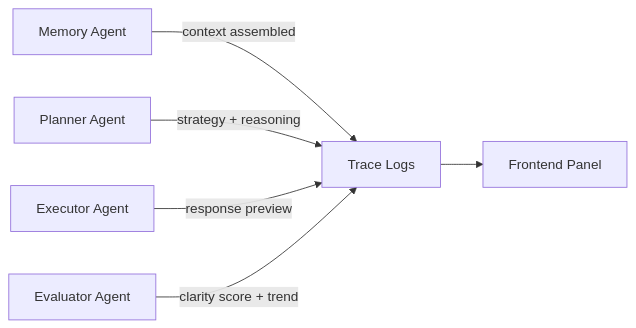
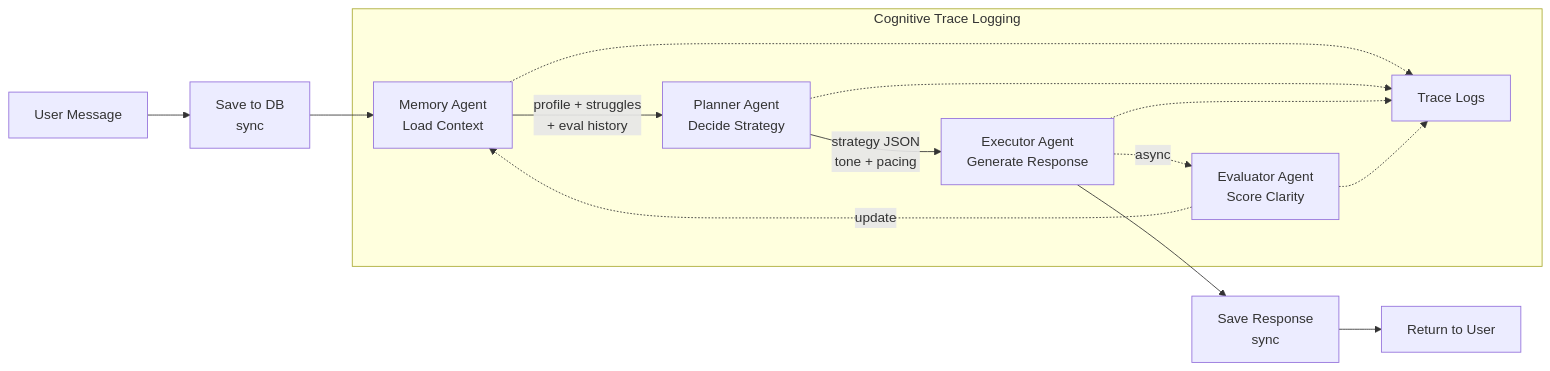
One commit to akshanshmaurya/Synapse changed the third of 3 diagrams in README.md. Above: the diagram before and after it, drawn with Mermaid. The commit also changed other lines of this file and 3 other files, not shown here.

````diff
--- a/README.md
+++ b/README.md
@@ -315,8 +224,19 @@
 ```mermaid
 flowchart LR
-    MA[Memory Agent] -->|context assembled| LOG[Trace Logs]
-    PA[Planner Agent] -->|strategy + reasoning| LOG
-    EA[Executor Agent] -->|response preview| LOG
-    VA[Evaluator Agent] -->|clarity score + trend| LOG
-    LOG --> UI[Frontend Panel]
+    MSG[User Message] --> SAVE[Save to DB<br/>sync]
+    SAVE --> MEM[Memory Agent<br/>Load Context]
+    MEM -->|profile + struggles<br/>+ eval history| PLAN[Planner Agent<br/>Decide Strategy]
+    PLAN -->|strategy JSON<br/>tone + pacing| EXEC[Executor Agent<br/>Generate Response]
+    EXEC --> PERSIST[Save Response<br/>sync]
+    PERSIST --> RETURN[Return to User]
+
+    EXEC -.->|async| EVAL[Evaluator Agent<br/>Score Clarity]
+    EVAL -.->|update| MEM
+
+    subgraph Trace["Cognitive Trace Logging"]
+        MEM -.-> LOG[Trace Logs]
+        PLAN -.-> LOG
+        EXEC -.-> LOG
+        EVAL -.-> LOG
+    end
 ```
````
